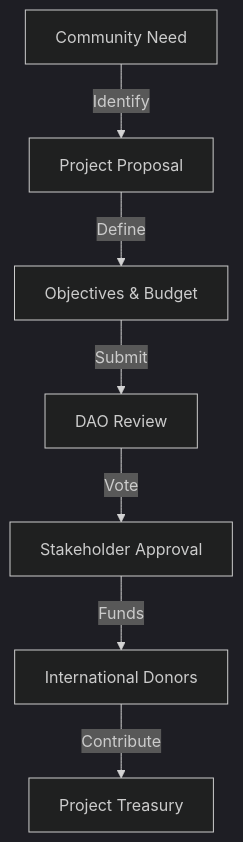
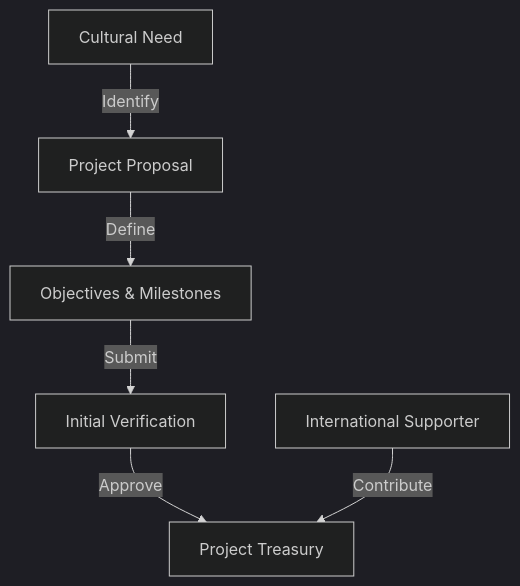
The seventh of 8 diagrams in README.md (tapilew/equilibrio-alpha), drawn with Mermaid (dark theme) before and after one commit. The commit also changed other lines of this file, not shown here.

````diff
--- a/README.md
+++ b/README.md
@@ -397,9 +461,8 @@
    ```mermaid
    graph TD
-       A[Community Need] -->|Identify| B[Project Proposal]
-       B -->|Define| C[Objectives & Budget]
-       C -->|Submit| D[DAO Review]
-       D -->|Vote| E[Stakeholder Approval]
-       E -->|Funds| F[International Donors]
-       F -->|Contribute| G[Project Treasury]
+       A[Cultural Need] -->|Identify| B[Project Proposal]
+       B -->|Define| C[Objectives & Milestones]
+       C -->|Submit| D[Initial Verification]
+       D -->|Approve| E[Project Treasury]
+       F[International Supporter] -->|Contribute| E
    ```
````
